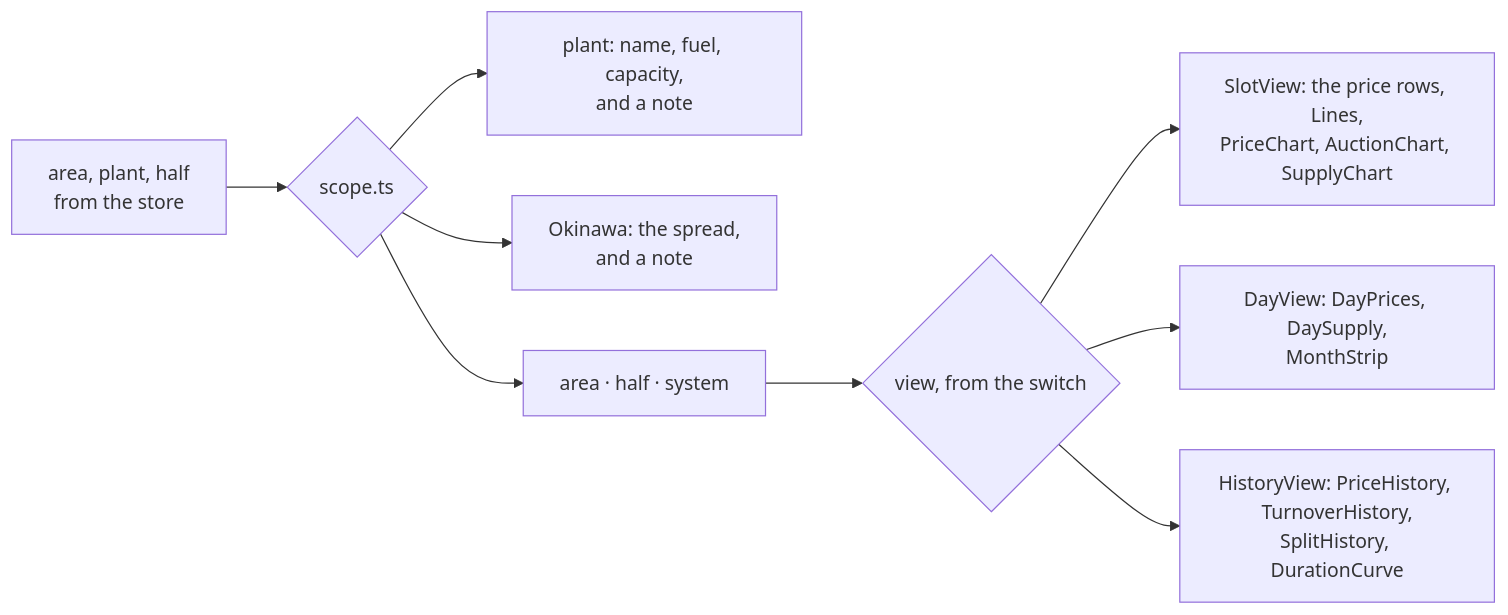
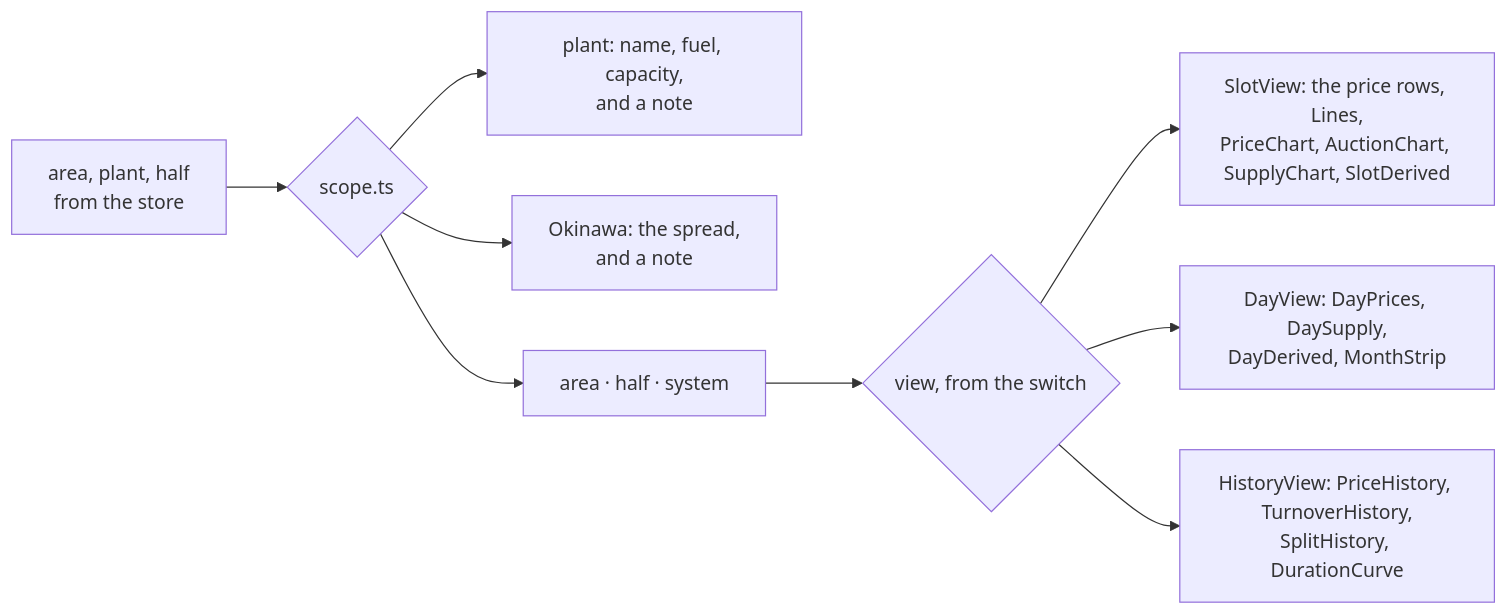
The fourth of 4 diagrams in ARCHITECTURE.md (vlumi/fiftysixty), drawn with Mermaid before and after one commit. The commit also changed other lines of this file and 22 other files, not shown here.

````diff
--- a/ARCHITECTURE.md
+++ b/ARCHITECTURE.md
@@ -211,11 +211,11 @@
 ```mermaid
 flowchart LR
   choices["area, plant, half<br>from the store"] --> scope{"scope.ts"}
   scope --> plant["plant: name, fuel, capacity,<br>and a note"]
   scope --> okinawa["Okinawa: the spread,<br>and a note"]
   scope --> priced["area · half · system"]
   priced --> view{"view, from the switch"}
-  view --> slot["SlotView: the price rows, Lines,<br>PriceChart, AuctionChart, SupplyChart"]
-  view --> day["DayView: DayPrices, DaySupply,<br>MonthStrip"]
+  view --> slot["SlotView: the price rows, Lines,<br>PriceChart, AuctionChart, SupplyChart, SlotDerived"]
+  view --> day["DayView: DayPrices, DaySupply,<br>DayDerived, MonthStrip"]
   view --> history["HistoryView: PriceHistory, TurnoverHistory,<br>SplitHistory, DurationCurve"]
 ```
````
